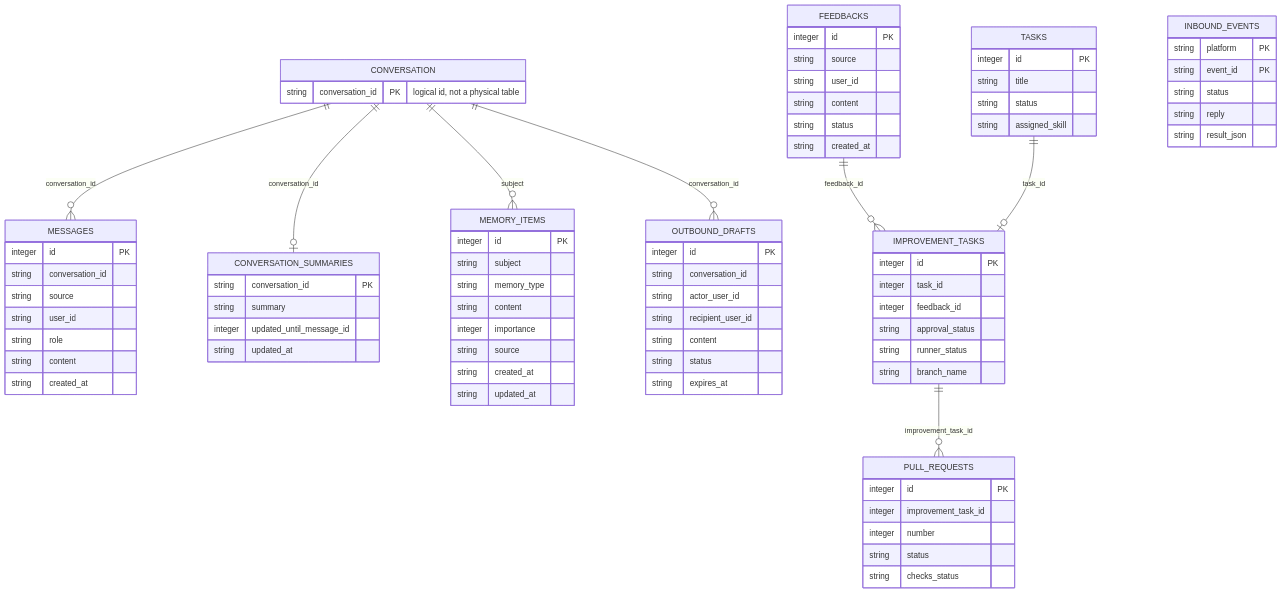
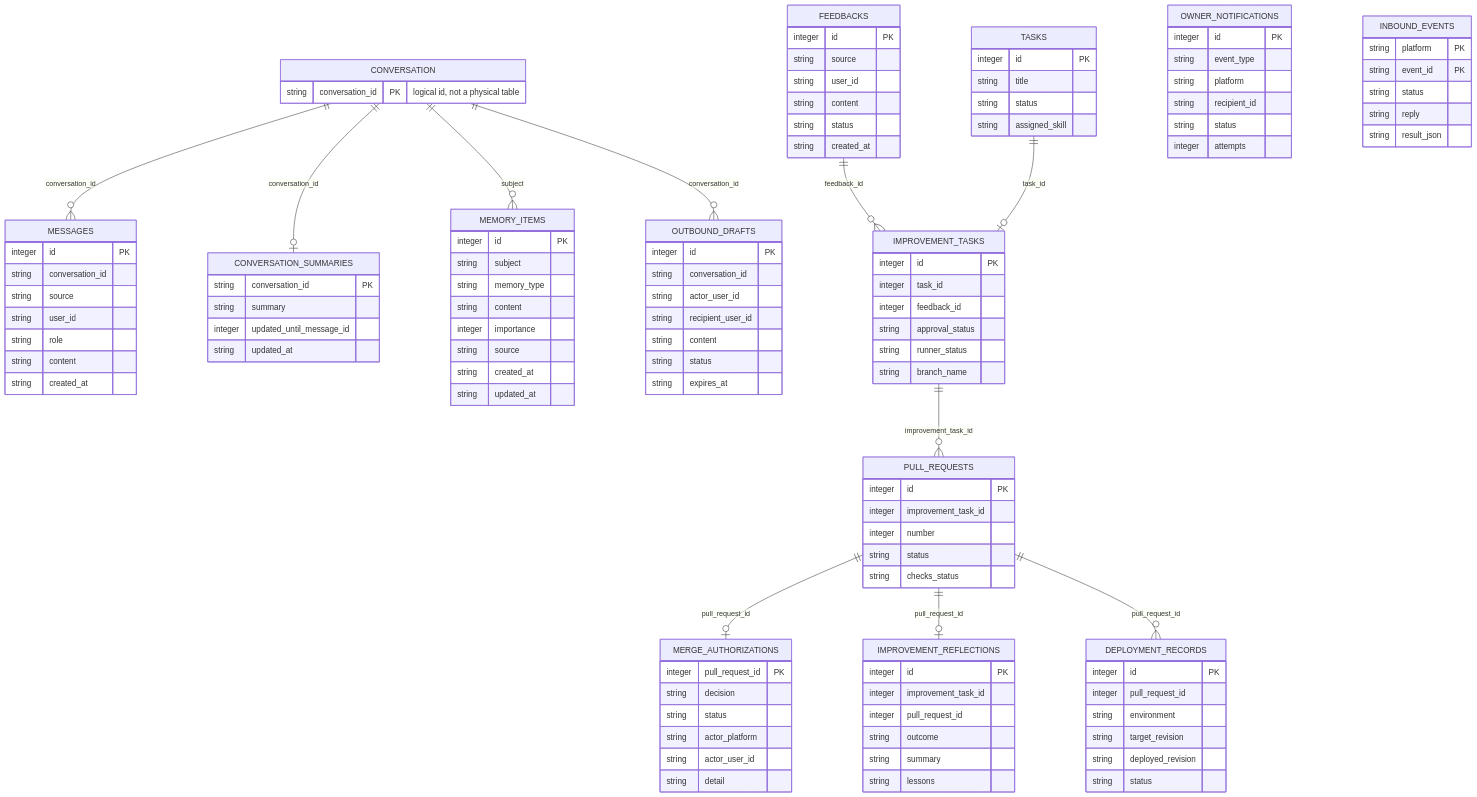
Before and after one commit to GugaBoBo-s/gugabobo: the diagram in README.md, drawn with Mermaid. The commit also changed other lines of this file and 26 other files, not shown here.

````diff
--- a/README.md
+++ b/README.md
@@ -225,6 +225,42 @@
         string checks_status
     }
 
+    MERGE_AUTHORIZATIONS {
+        integer pull_request_id PK
+        string decision
+        string status
+        string actor_platform
+        string actor_user_id
+        string detail
+    }
+
+    IMPROVEMENT_REFLECTIONS {
+        integer id PK
+        integer improvement_task_id
+        integer pull_request_id
+        string outcome
+        string summary
+        string lessons
+    }
+
+    DEPLOYMENT_RECORDS {
+        integer id PK
+        integer pull_request_id
+        string environment
+        string target_revision
+        string deployed_revision
+        string status
+    }
+
+    OWNER_NOTIFICATIONS {
+        integer id PK
+        string event_type
+        string platform
+        string recipient_id
+        string status
+        integer attempts
+    }
+
     OUTBOUND_DRAFTS {
         integer id PK
         string conversation_id
@@ -250,4 +286,7 @@
     FEEDBACKS ||--o{ IMPROVEMENT_TASKS : "feedback_id"
     TASKS ||--o| IMPROVEMENT_TASKS : "task_id"
     IMPROVEMENT_TASKS ||--o{ PULL_REQUESTS : "improvement_task_id"
+    PULL_REQUESTS ||--o| MERGE_AUTHORIZATIONS : "pull_request_id"
+    PULL_REQUESTS ||--o| IMPROVEMENT_REFLECTIONS : "pull_request_id"
+    PULL_REQUESTS ||--o{ DEPLOYMENT_RECORDS : "pull_request_id"
 ```
````
